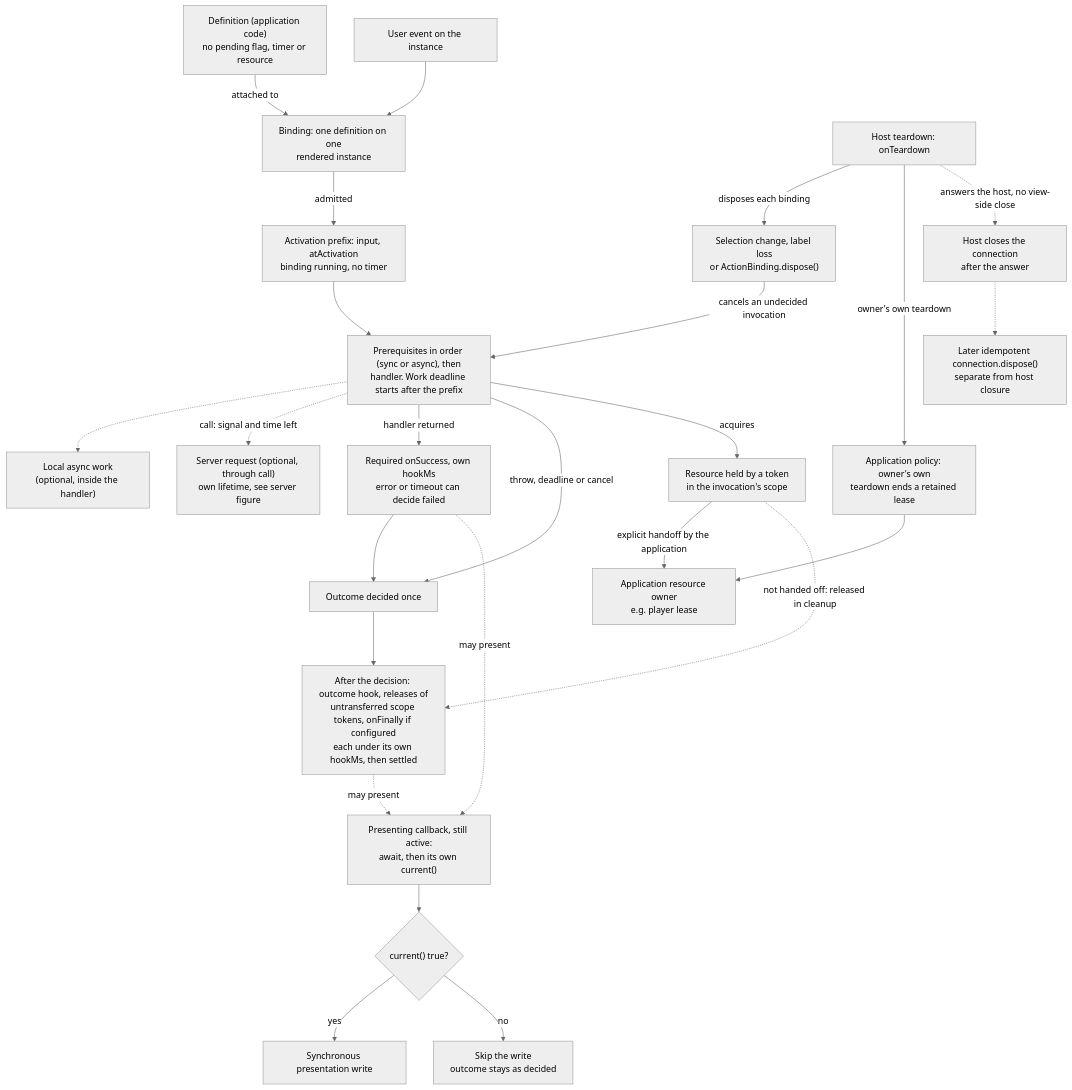
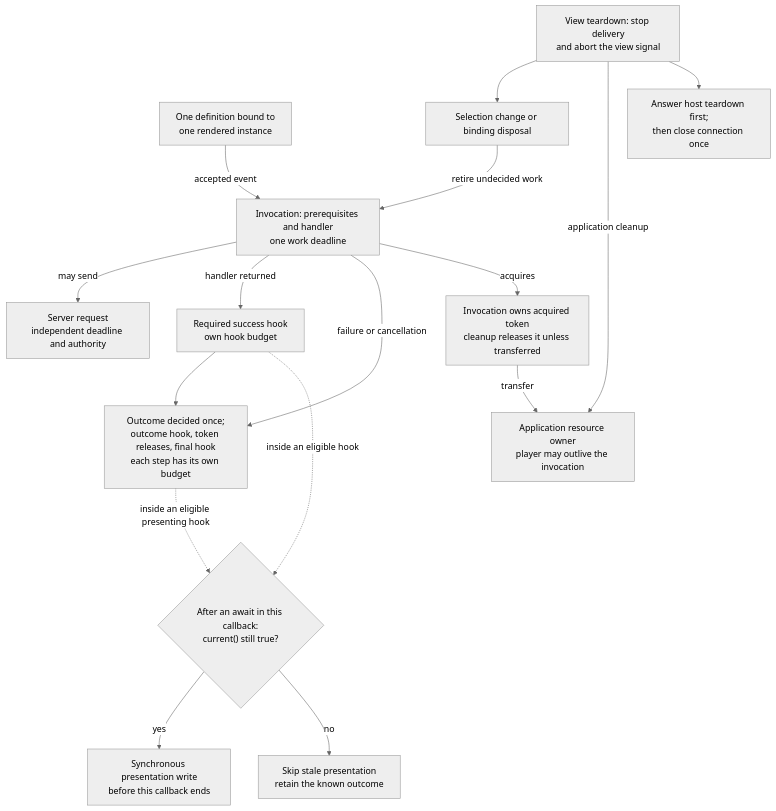
One commit to MachineWisdomAI/saga-a2ui changed the diagram in diagrams/request-view-lifetimes.mmd. Above: the diagram before and after it, drawn with Mermaid (neutral theme). The commit also changed 37 other files, not shown here.

First line of the commit message:
docs: explain action ownership request lifetimes and protected playback (#318)

```diff
--- a/diagrams/request-view-lifetimes.mmd
+++ b/diagrams/request-view-lifetimes.mmd
@@ -1,46 +1,16 @@
-graph TD
-  D["Definition (application code)<br/>no pending flag, timer or resource"]
-  B["Binding: one definition on one<br/>rendered instance"]
-  E["User event on the instance"]
-  P["Activation prefix: input, atActivation<br/>binding running, no timer"]
-  Q["Prerequisites in order (sync or async), then<br/>handler. Work deadline starts after the prefix"]
-  L["Local async work<br/>(optional, inside the handler)"]
-  S["Server request (optional, through call)<br/>own lifetime, see server figure"]
-  SH["Required onSuccess, own hookMs<br/>error or timeout can decide failed"]
-  H["Outcome decided once"]
-  FH["After the decision: outcome hook, releases of<br/>untransferred scope tokens, onFinally if configured<br/>each under its own hookMs, then settled"]
-  C["Presenting callback, still active:<br/>await, then its own current()"]
-  F{"current() true?"}
-  W["Synchronous presentation write"]
-  X["Skip the write<br/>outcome stays as decided"]
-  R["Resource held by a token<br/>in the invocation's scope"]
-  O["Application resource owner<br/>e.g. player lease"]
-  OT["Application policy: owner's own<br/>teardown ends a retained lease"]
-  T["Selection change, label loss<br/>or ActionBinding.dispose()"]
-  HT["Host teardown: onTeardown"]
-  HC["Host closes the connection<br/>after the answer"]
-  K["Later idempotent connection.dispose()<br/>separate from host closure"]
-  D -->|attached to| B
-  E --> B
-  B -->|admitted| P
-  P --> Q
-  Q -.-> L
-  Q -.->|call: signal and time left| S
-  Q -->|handler returned| SH
-  Q -->|throw, deadline or cancel| H
-  SH --> H
-  H --> FH
-  SH -.->|may present| C
-  FH -.->|may present| C
-  C --> F
-  F -->|yes| W
-  F -->|no| X
-  Q -->|acquires| R
-  R -->|explicit handoff by the application| O
-  R -.->|not handed off: released in cleanup| FH
-  T -->|cancels an undecided invocation| Q
-  HT -->|disposes each binding| T
-  HT -->|owner's own teardown| OT
-  OT --> O
-  HT -.->|answers the host, no view-side close| HC
-  HC -.-> K
+flowchart TD
+  B["One definition bound to<br/>one rendered instance"] -->|"accepted event"| I["Invocation: prerequisites and handler<br/>one work deadline"]
+  I -->|"may send"| S["Server request<br/>independent deadline and authority"]
+  I -->|"handler returned"| H["Required success hook<br/>own hook budget"]
+  I -->|"failure or cancellation"| Q["Outcome decided once;<br/>outcome hook, token releases, final hook<br/>each step has its own budget"]
+  H --> Q
+  H -.->|"inside an eligible hook"| C{"After an await in this callback:<br/>current() still true?"}
+  Q -.->|"inside an eligible presenting hook"| C
+  C -->|"yes"| W["Synchronous presentation write<br/>before this callback ends"]
+  C -->|"no"| X["Skip stale presentation<br/>retain the known outcome"]
+  I -->|"acquires"| R["Invocation owns acquired token<br/>cleanup releases it unless transferred"]
+  R -->|"transfer"| O["Application resource owner<br/>player may outlive the invocation"]
+  T["Selection change or binding disposal"] -->|"retire undecided work"| I
+  V["View teardown: stop delivery<br/>and abort the view signal"] --> T
+  V -->|"application cleanup"| O
+  V --> K["Answer host teardown first;<br/>then close connection once"]
```
